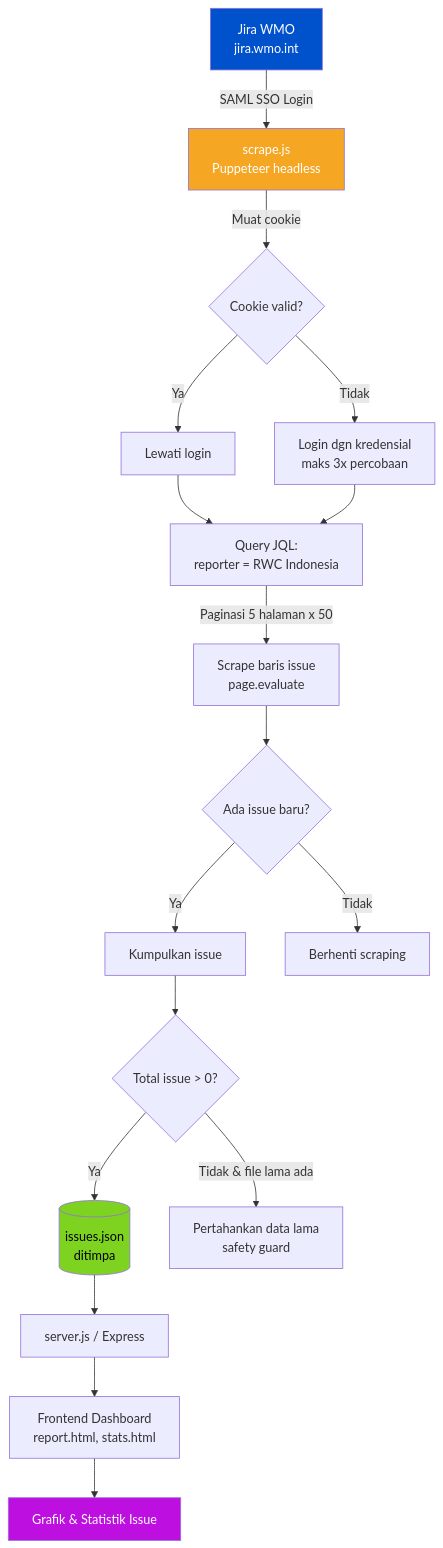
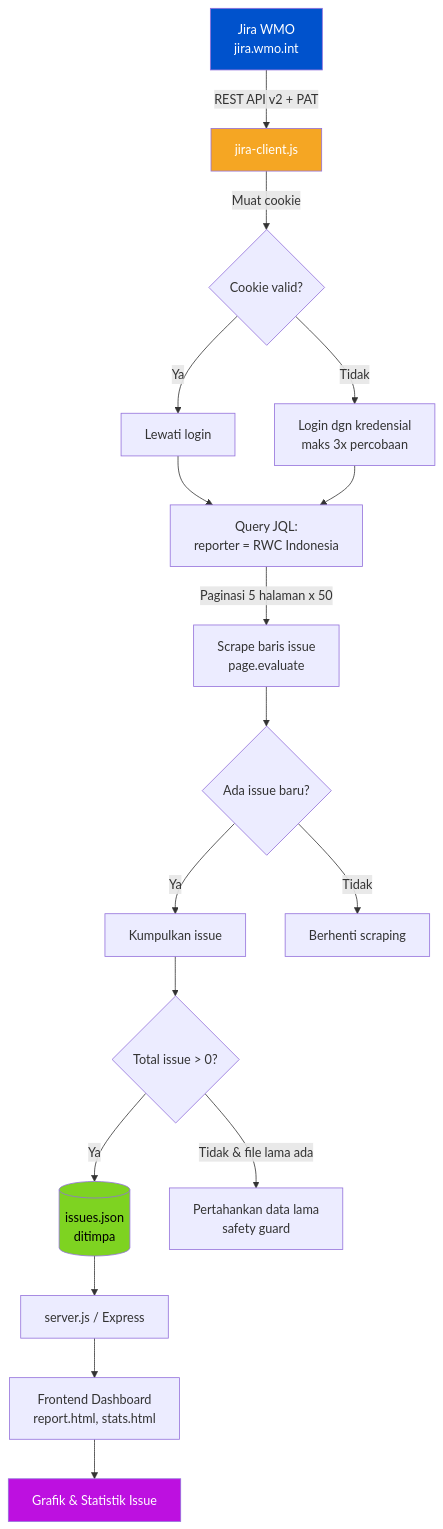
Before and after one commit to dikkyzzz/rwc-v2: the first of 5 diagrams in jira-ticket-v2/ALUR_DATA_JIRA_MONITORING.md, drawn with Mermaid. The commit also changed other lines of this file and 30 other files, not shown here.

````diff
--- a/jira-ticket-v2/ALUR_DATA_JIRA_MONITORING.md
+++ b/jira-ticket-v2/ALUR_DATA_JIRA_MONITORING.md
@@ -45,29 +45,29 @@
 ```mermaid
 flowchart TD
-    A[Jira WMO<br/>jira.wmo.int] -->|SAML SSO Login| B[scrape.js<br/>Puppeteer headless]
+    A[Jira WMO<br/>jira.wmo.int] -->|REST API v2 + PAT| B[jira-client.js]
 
     B -->|Muat cookie| C{Cookie valid?}
     C -->|Ya| D[Lewati login]
     C -->|Tidak| E[Login dgn kredensial<br/>maks 3x percobaan]
 
     D --> F[Query JQL:<br/>reporter = RWC Indonesia]
     E --> F
 
     F -->|Paginasi 5 halaman x 50| G[Scrape baris issue<br/>page.evaluate]
     G --> H{Ada issue baru?}
     H -->|Ya| I[Kumpulkan issue]
     H -->|Tidak| J[Berhenti scraping]
     I --> K{Total issue > 0?}
 
     K -->|Ya| L[(issues.json<br/>ditimpa)]
     K -->|Tidak & file lama ada| M[Pertahankan data lama<br/>safety guard]
 
     L --> N[server.js / Express]
     N --> O[Frontend Dashboard<br/>report.html, stats.html]
     O --> P[Grafik &amp; Statistik Issue]
 
     style A fill:#0052CC,color:#fff
     style B fill:#F5A623,color:#fff
     style L fill:#7ED321,color:#000
     style P fill:#BD10E0,color:#fff
 ```
````
